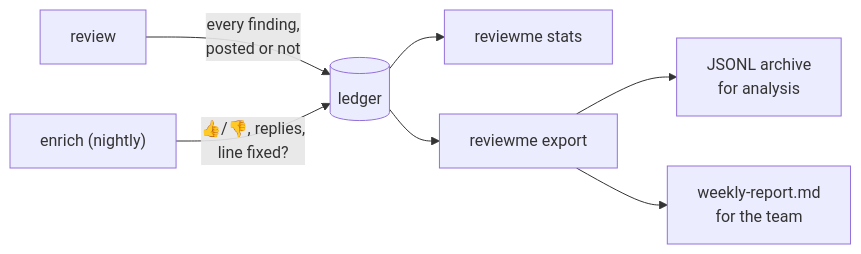
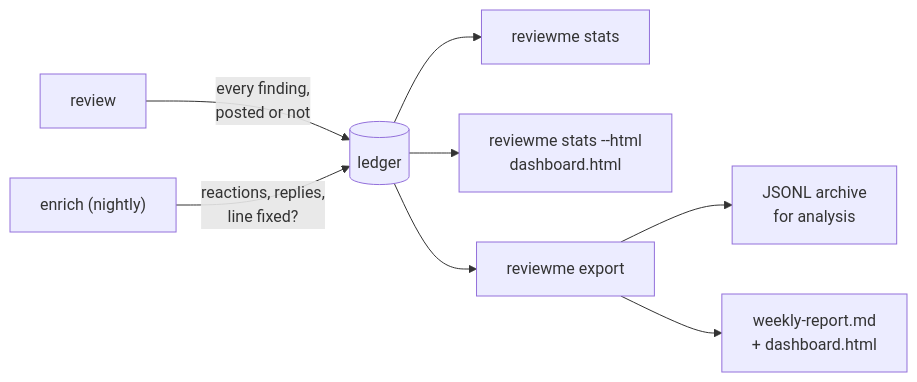
The third of 3 diagrams in README.md (AccorECOM/reviewme), drawn with Mermaid before and after one commit. The commit also changed other lines of this file and 1 other file, not shown here.

First line of the commit message:
add(docs) - Statistics: dashboard, history, triage, ROI and [stats] settings documented

````diff
--- a/README.md
+++ b/README.md
@@ -282,9 +282,10 @@
 ```mermaid
 flowchart LR
     R[review] -->|every finding,<br/>posted or not| L[(ledger)]
-    N["enrich (nightly)"] -->|"👍/👎, replies,<br/>line fixed?"| L
+    N["enrich (nightly)"] -->|"reactions, replies,<br/>line fixed?"| L
     L --> S[reviewme stats]
+    L --> D["reviewme stats --html<br/>dashboard.html"]
     L --> X["reviewme export"]
     X --> A[JSONL archive<br/>for analysis]
-    X --> W[weekly-report.md<br/>for the team]
+    X --> W[weekly-report.md<br/>+ dashboard.html]
 ```
````
